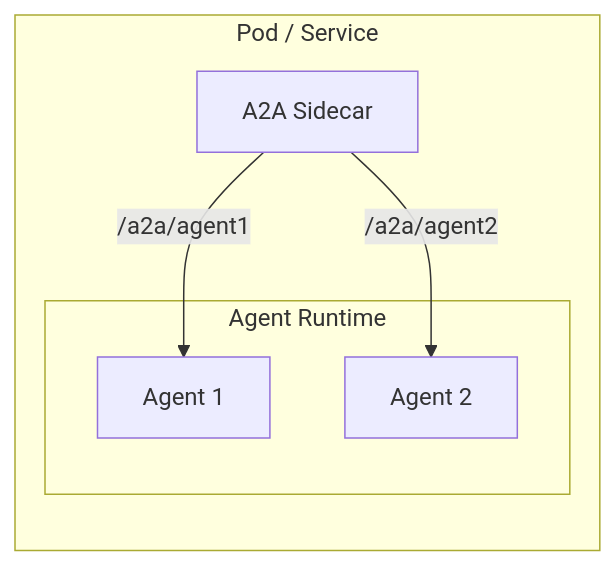
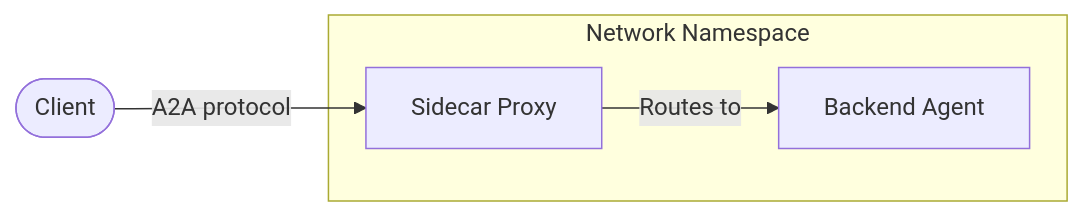
One commit to lunarr-ai/Lunarr changed the diagram in a2a-sidecar/README.md. Above: the diagram before and after it, drawn with Mermaid. The commit also changed other lines of this file and 7 other files, not shown here.

````diff
--- a/a2a-sidecar/README.md
+++ b/a2a-sidecar/README.md
@@ -5,12 +5,12 @@
 ```mermaid
 flowchart LR
-    subgraph "Pod / Service"
-        A2A["A2A Sidecar"]
-        subgraph "Agent Runtime"
-            AGENT1["Agent 1"]
-            AGENT2["Agent 2"]
-        end
-        A2A -->|/a2a/agent1| AGENT1
-        A2A -->|/a2a/agent2| AGENT2
+    Client([Client])
+
+    subgraph Pod["Network Namespace"]
+        Sidecar[Sidecar Proxy]
+        Backend[Backend Agent]
+        Sidecar -->|Routes to| Backend
     end
+
+    Client -->|A2A protocol| Sidecar
 ```
````
